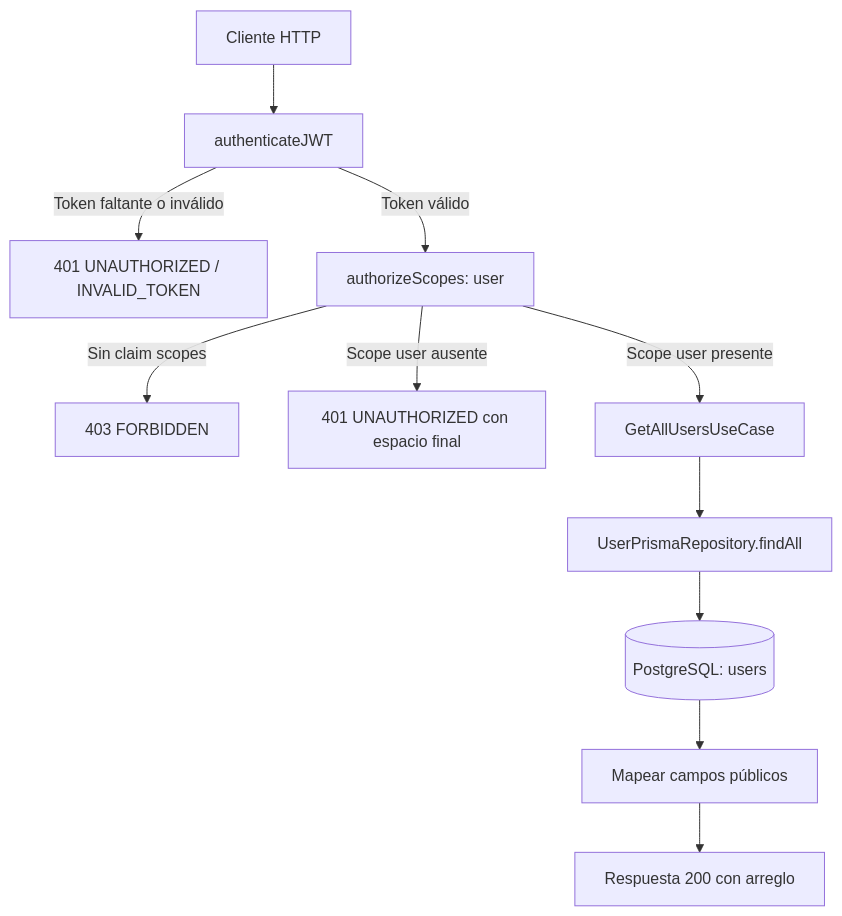
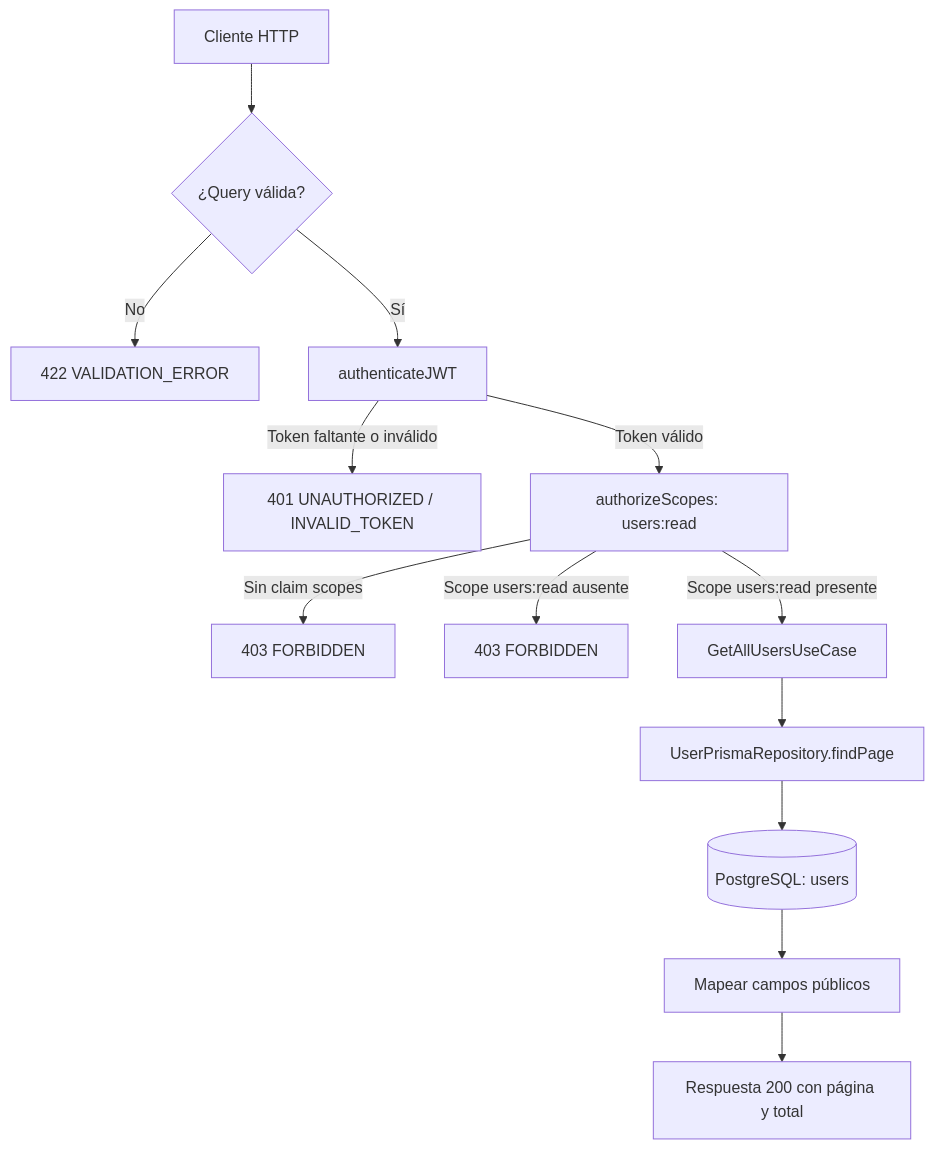
The diagram in docs/use-case/list-users.md (jac2206/chasis-fastify-backend), drawn with Mermaid before and after one commit. The commit also changed other lines of this file and 142 other files, not shown here.

````diff
--- a/docs/use-case/list-users.md
+++ b/docs/use-case/list-users.md
@@ -71,13 +69,15 @@
 ```mermaid
 flowchart TD
-    A[Cliente HTTP] --> B[authenticateJWT]
+    A[Cliente HTTP] --> Q{¿Query válida?}
+    Q -->|No| V[422 VALIDATION_ERROR]
+    Q -->|Sí| B[authenticateJWT]
     B -->|Token faltante o inválido| X[401 UNAUTHORIZED / INVALID_TOKEN]
-    B -->|Token válido| C[authorizeScopes: user]
+    B -->|Token válido| C[authorizeScopes: users:read]
     C -->|Sin claim scopes| Y[403 FORBIDDEN]
-    C -->|Scope user ausente| Z[401 UNAUTHORIZED con espacio final]
-    C -->|Scope user presente| D[GetAllUsersUseCase]
-    D --> E[UserPrismaRepository.findAll]
+    C -->|Scope users:read ausente| Z[403 FORBIDDEN]
+    C -->|Scope users:read presente| D[GetAllUsersUseCase]
+    D --> E[UserPrismaRepository.findPage]
     E --> F[(PostgreSQL: users)]
     F --> G[Mapear campos públicos]
-    G --> H[Respuesta 200 con arreglo]
+    G --> H[Respuesta 200 con página y total]
 ```
````
